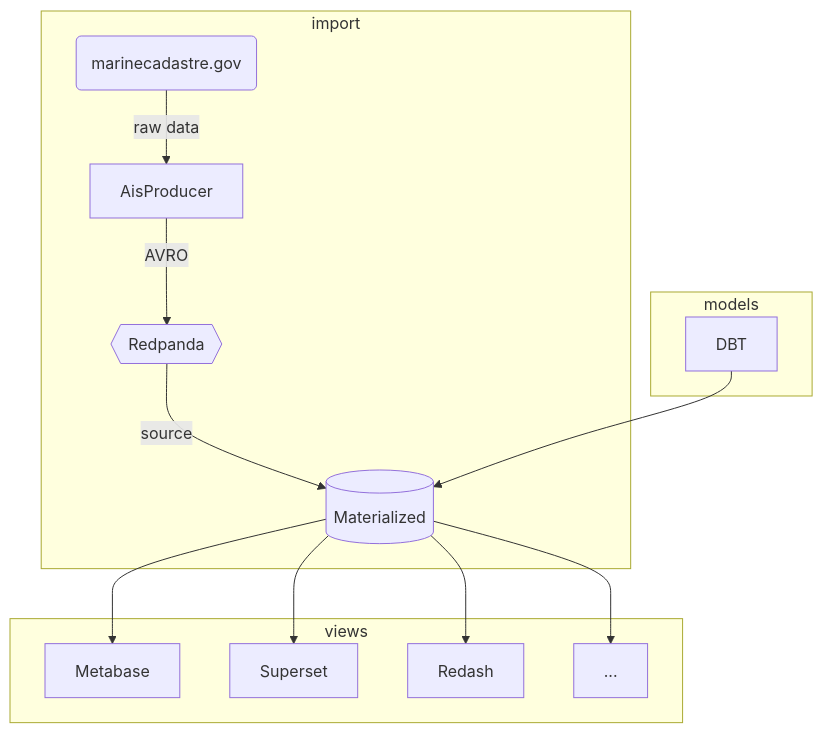
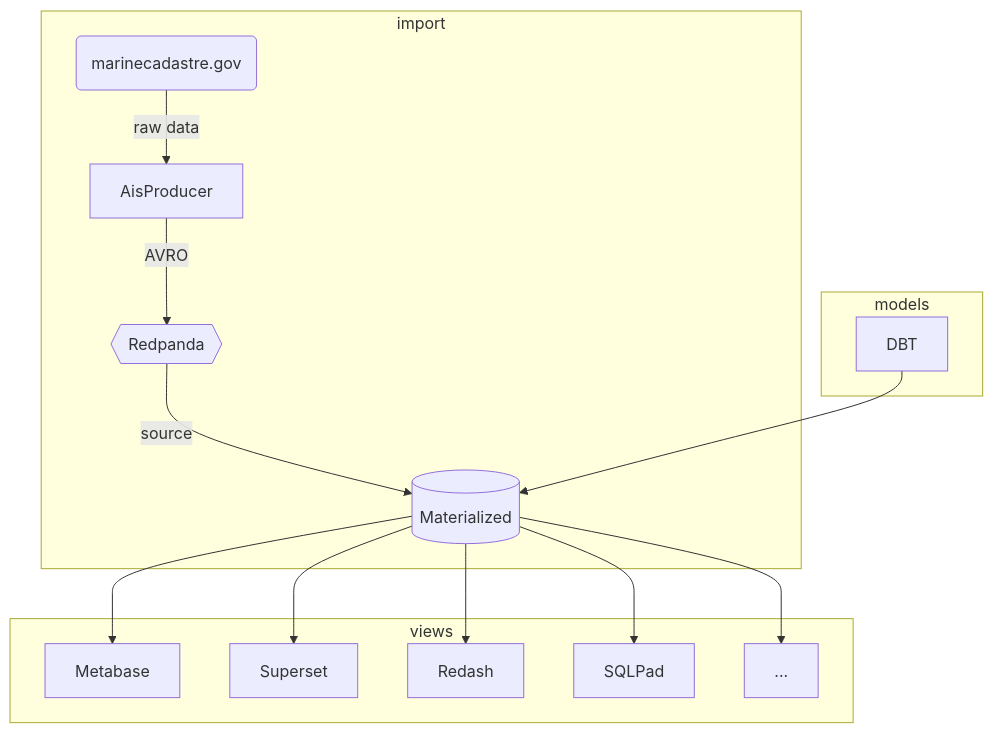
Before and after one commit to marcelmaatkamp/AisMarineCadastreDataInMetabase: the diagram in README.md, drawn with Mermaid. The commit also changed other lines of this file and 13 other files, not shown here.

Commit message:
mermaidjs

````diff
--- a/README.md
+++ b/README.md
@@ -5,20 +5,21 @@
 ```mermaid
 flowchart 
  
 subgraph import["import"]
   marinecadastre.gov(marinecadastre.gov)-- raw data --> AisProducer
   AisProducer-- AVRO --> Redpanda{{Redpanda}}
   Redpanda-- source --> Materialized[(Materialized)]
 end
 
 subgraph models["models"]
     DBT--> Materialized
 end
 
 subgraph display["views"]
     Materialized--> Metabase
     Materialized--> Superset
     Materialized--> Redash
+    Materialized--> SQLPad
     Materialized--> ...
 end
 ```
````
